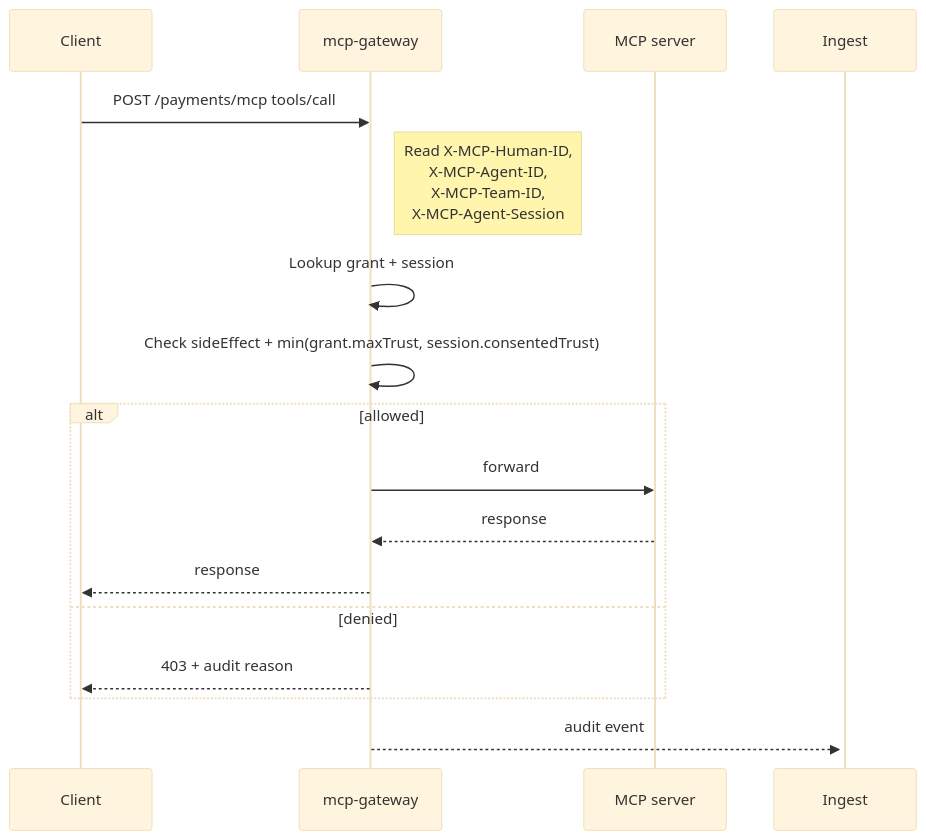
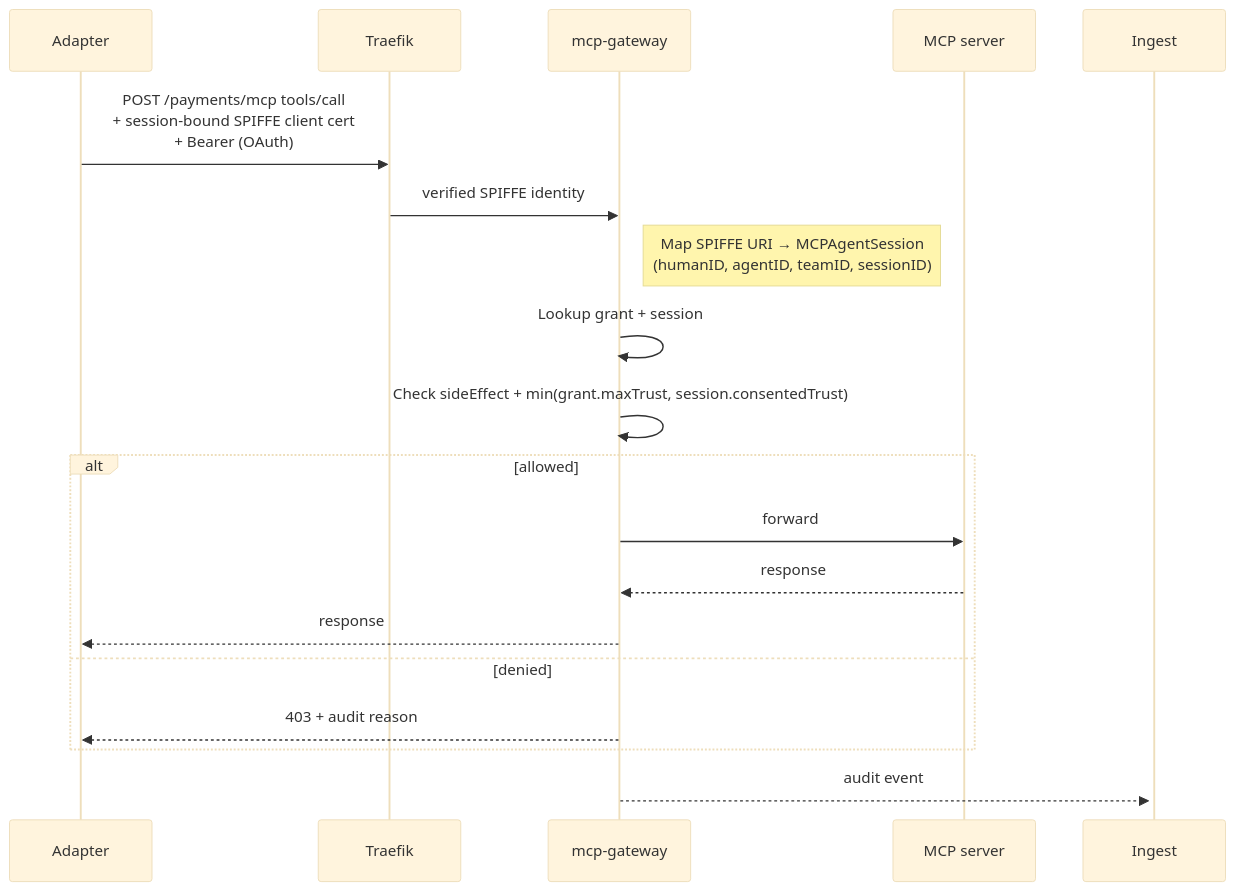
One commit to mcp-runtime/mcp-runtime changed the second of 2 diagrams in docs/api.md. Above: the diagram before and after it, drawn with Mermaid (base theme). The commit also changed other lines of this file and 22 other files, not shown here.

````diff
--- a/docs/api.md
+++ b/docs/api.md
@@ -322,18 +319,20 @@
 ```mermaid
 sequenceDiagram
-    participant Client
+    participant Adapter
+    participant Ingress as Traefik
     participant Gateway as mcp-gateway
     participant Server as MCP server
-    Client->>Gateway: POST /payments/mcp tools/call
-    Note right of Gateway: Read X-MCP-Human-ID,<br/>X-MCP-Agent-ID,<br/>X-MCP-Team-ID,<br/>X-MCP-Agent-Session
+    Adapter->>Ingress: POST /payments/mcp tools/call<br/>+ session-bound SPIFFE client cert<br/>+ Bearer (OAuth)
+    Ingress->>Gateway: verified SPIFFE identity
+    Note right of Gateway: Map SPIFFE URI → MCPAgentSession<br/>(humanID, agentID, teamID, sessionID)
     Gateway->>Gateway: Lookup grant + session
     Gateway->>Gateway: Check sideEffect + min(grant.maxTrust, session.consentedTrust)
     alt allowed
         Gateway->>Server: forward
         Server-->>Gateway: response
-        Gateway-->>Client: response
+        Gateway-->>Adapter: response
     else denied
-        Gateway-->>Client: 403 + audit reason
+        Gateway-->>Adapter: 403 + audit reason
     end
     Gateway-->>+Ingest: audit event
 ```
````
